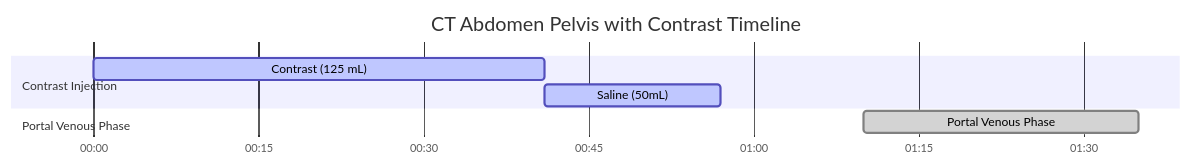
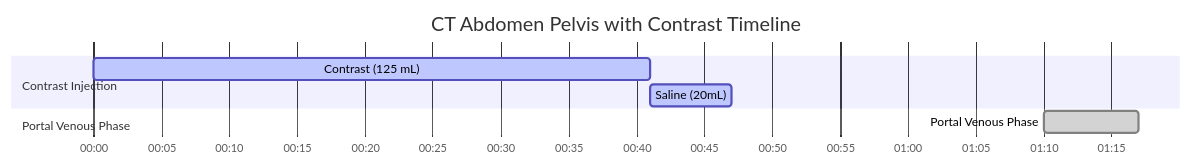
One commit to dfergs93/radiology-protocols changed the diagram in docs/ct/abdomen/ct-abdomen-pelvis-with-contrast.md. Above: the diagram before and after it, drawn with Mermaid. The commit also changed other lines of this file and 113 other files, not shown here.

````diff
--- a/docs/ct/abdomen/ct-abdomen-pelvis-with-contrast.md
+++ b/docs/ct/abdomen/ct-abdomen-pelvis-with-contrast.md
@@ -82,16 +82,16 @@
   ```mermaid
   ---
   config:
     theme: default
   ---
     gantt
       title CT Abdomen Pelvis with Contrast Timeline
       dateFormat mm:ss
       axisFormat %M:%S 
       
       section Contrast Injection
       Contrast (125 mL)    :active, contrast, 00:00, 41s
-      Saline (50mL)          :active, saline, after contrast, 16s
+      Saline (20mL)          :active, saline, after contrast, 6s
       section Portal Venous Phase
-      Portal Venous Phase    :done, scan1, 01:10, 25s
+      Portal Venous Phase    :done, scan1, 01:10, 7s
   ```
````
